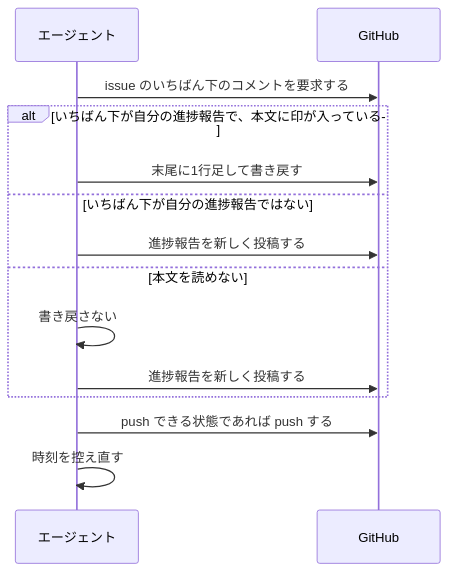
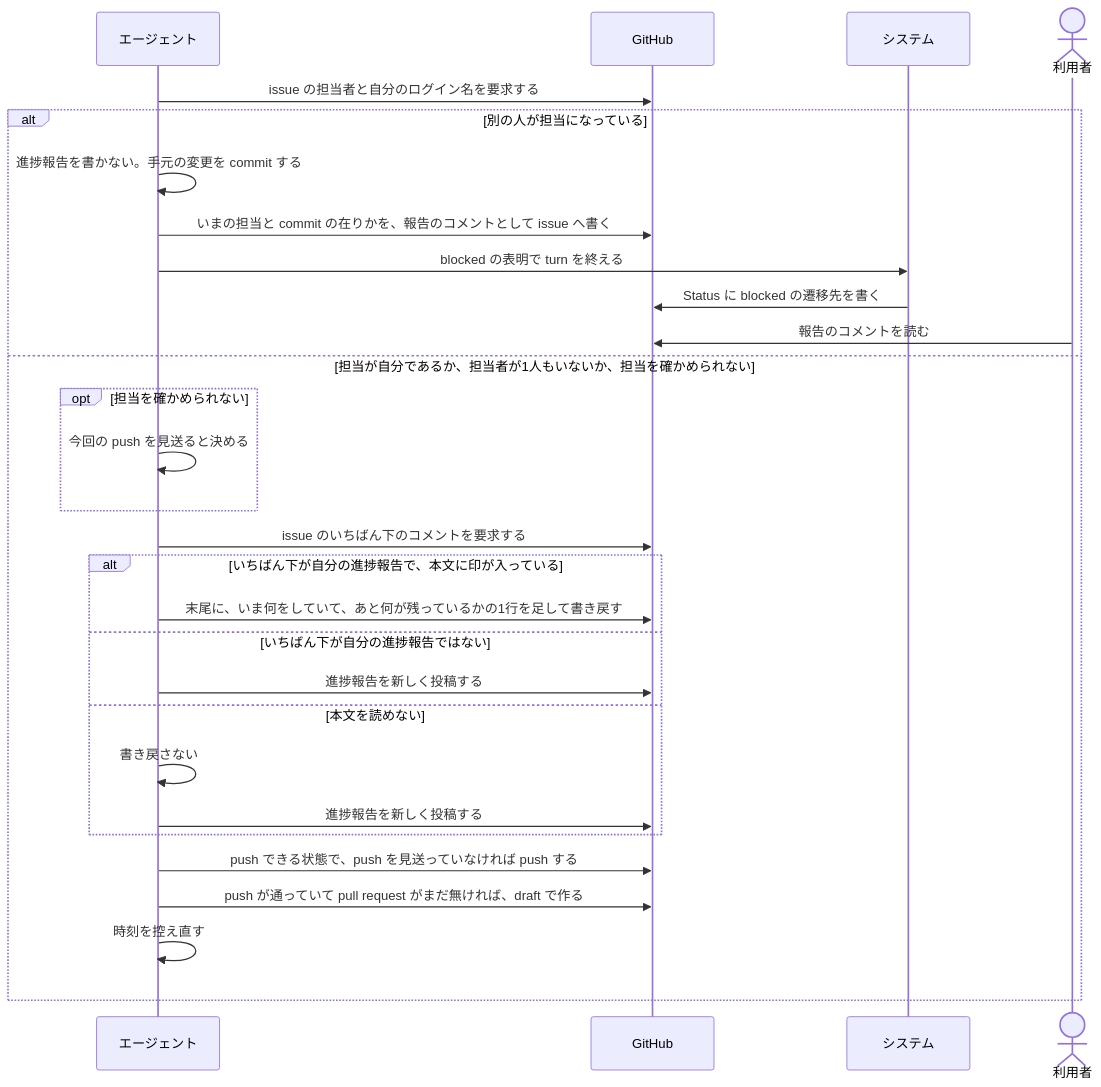
The first of 2 diagrams in docs/spec/usecases/particular_case/進捗報告を書く.rucm.md (maimuzo/continuo), drawn with Mermaid before and after one commit. The commit also changed other lines of this file and 14 other files, not shown here.

Commit message:
ユースケース記述を新しい指示書へ合わせる 担当の確認と衝突の扱いと draft の pull request を RUCM 4本へ写し 指示書の曖昧だった3文を言い切る

````diff
--- a/docs/spec/usecases/particular_case/進捗報告を書く.rucm.md
+++ b/docs/spec/usecases/particular_case/進捗報告を書く.rucm.md
@@ -69,17 +110,32 @@
 ```mermaid
 sequenceDiagram
     participant CC as エージェント
     participant GH as GitHub
+    participant S as システム
+    actor U as 利用者
 
-    CC->>GH: issue のいちばん下のコメントを要求する
-    alt いちばん下が自分の進捗報告で、本文に印が入っている
-        CC->>GH: 末尾に1行足して書き戻す
-    else いちばん下が自分の進捗報告ではない
-        CC->>GH: 進捗報告を新しく投稿する
-    else 本文を読めない
-        CC->>CC: 書き戻さない
-        CC->>GH: 進捗報告を新しく投稿する
+    CC->>GH: issue の担当者と自分のログイン名を要求する
+    alt 別の人が担当になっている
+        CC->>CC: 進捗報告を書かない。手元の変更を commit する
+        CC->>GH: いまの担当と commit の在りかを、報告のコメントとして issue へ書く
+        CC->>S: blocked の表明で turn を終える
+        S->>GH: Status に blocked の遷移先を書く
+        U->>GH: 報告のコメントを読む
+    else 担当が自分であるか、担当者が1人もいないか、担当を確かめられない
+        opt 担当を確かめられない
+            CC->>CC: 今回の push を見送ると決める
+        end
+        CC->>GH: issue のいちばん下のコメントを要求する
+        alt いちばん下が自分の進捗報告で、本文に印が入っている
+            CC->>GH: 末尾に、いま何をしていて、あと何が残っているかの1行を足して書き戻す
+        else いちばん下が自分の進捗報告ではない
+            CC->>GH: 進捗報告を新しく投稿する
+        else 本文を読めない
+            CC->>CC: 書き戻さない
+            CC->>GH: 進捗報告を新しく投稿する
+        end
+        CC->>GH: push できる状態で、push を見送っていなければ push する
+        CC->>GH: push が通っていて pull request がまだ無ければ、draft で作る
+        CC->>CC: 時刻を控え直す
     end
-    CC->>GH: push できる状態であれば push する
-    CC->>CC: 時刻を控え直す
 ```
````
